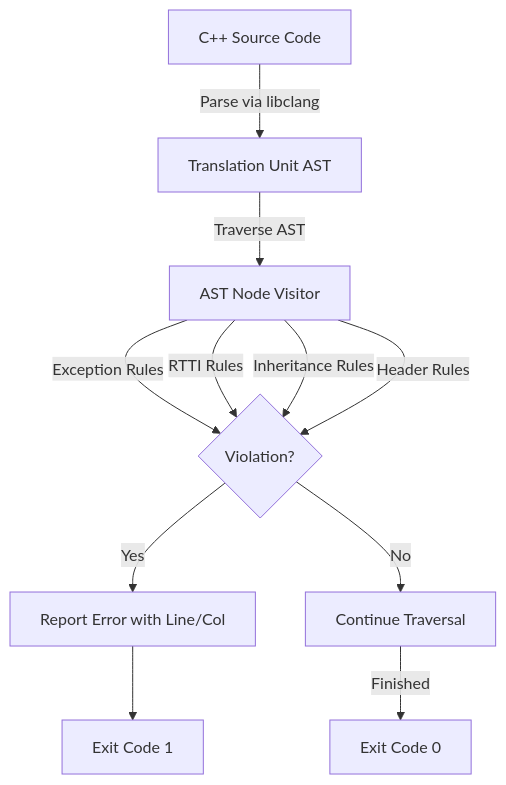
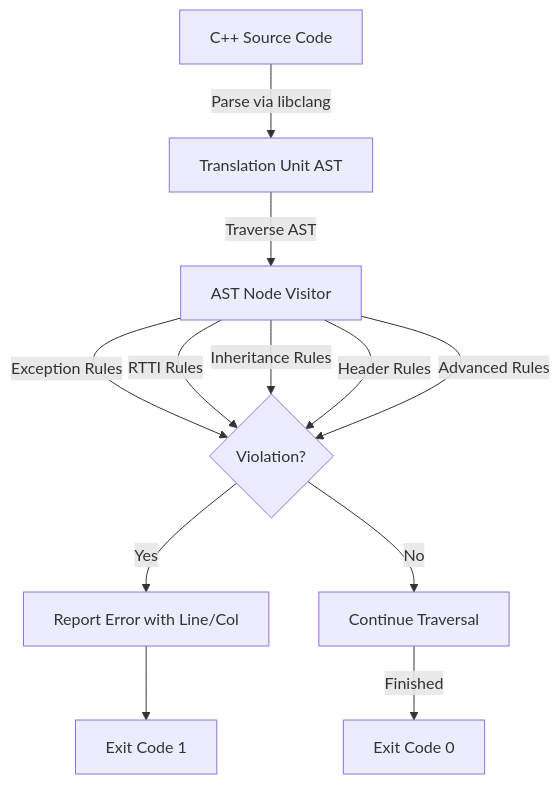
Before and after one commit to xyzzyapps/occ: the diagram in README.md, drawn with Mermaid. The commit also changed other lines of this file and 3 other files, not shown here.

Commit message:
Implement advanced Orthodox C++ checking rules and update documentation

````diff
--- a/README.md
+++ b/README.md
@@ -13,13 +13,14 @@
 ```mermaid
 graph TD
     A[C++ Source Code] -->|Parse via libclang| B[Translation Unit AST]
     B -->|Traverse AST| C[AST Node Visitor]
     C -->|Exception Rules| D{Violation?}
     C -->|RTTI Rules| D
     C -->|Inheritance Rules| D
     C -->|Header Rules| D
+    C -->|Advanced Rules| D
     D -->|Yes| E[Report Error with Line/Col]
     D -->|No| F[Continue Traversal]
     E --> G[Exit Code 1]
     F -->|Finished| H[Exit Code 0]
 ```
````
